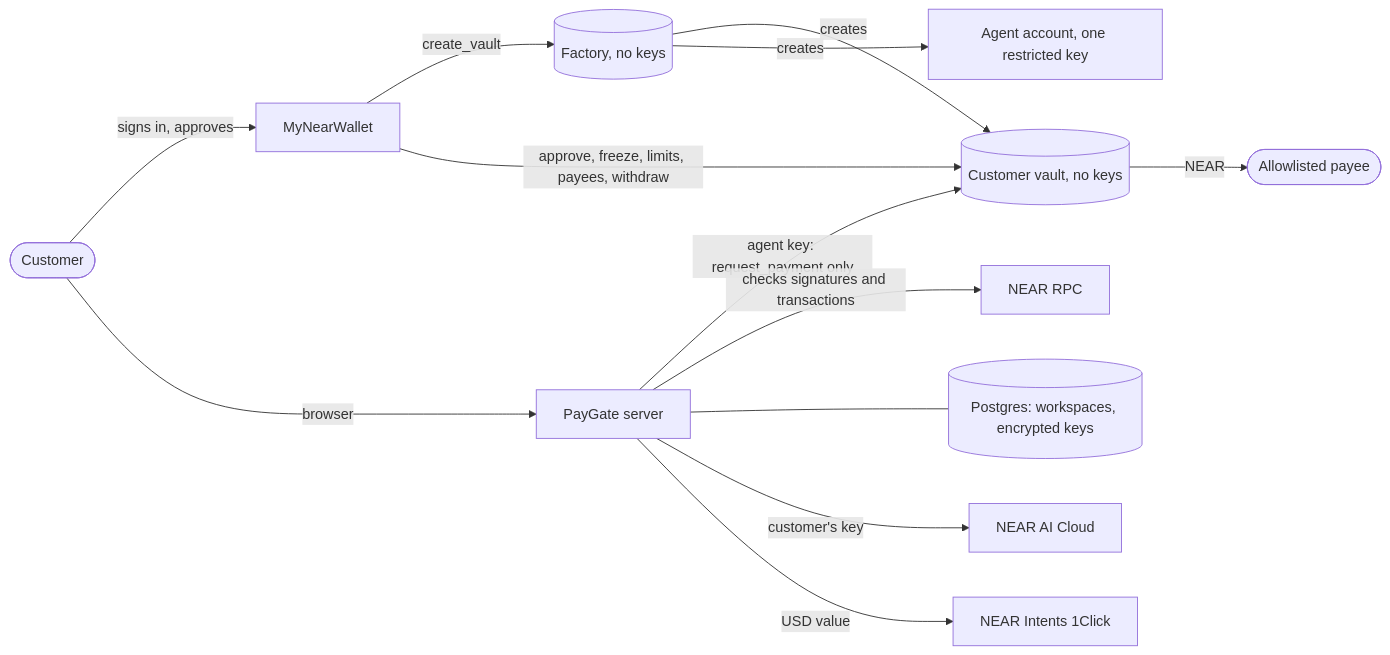
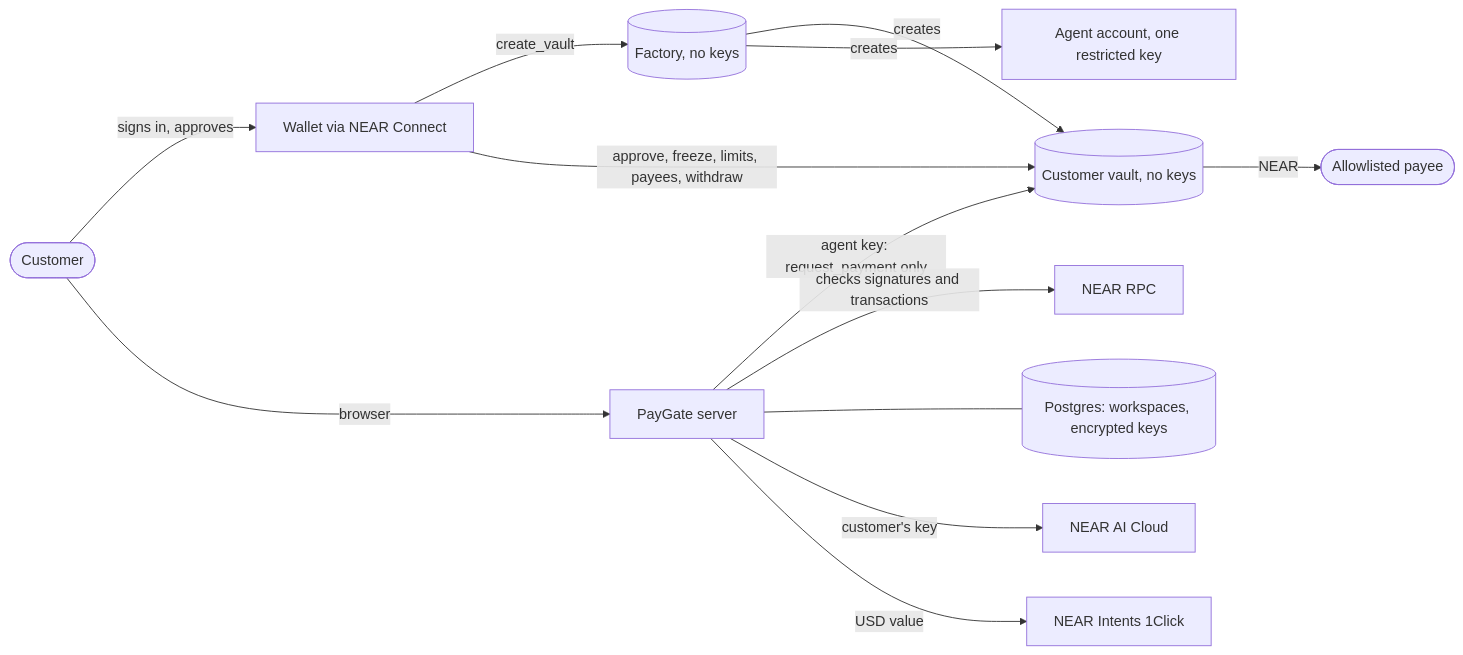
Before and after one commit to drained69/PayGate: the first of 2 diagrams in README.md, drawn with Mermaid. The commit also changed other lines of this file and 10 other files, not shown here.

First line of the commit message:
Connect wallets through NEAR Connect

````diff
--- a/README.md
+++ b/README.md
@@ -101,15 +101,15 @@
 ```mermaid
 flowchart LR
-  C([Customer]) -- signs in, approves --> W[MyNearWallet]
+  C([Customer]) -- signs in, approves --> W[Wallet via NEAR Connect]
   C -- browser --> S[PayGate server]
   W -- create_vault --> F[(Factory, no keys)]
   F -- creates --> V[(Customer vault, no keys)]
   F -- creates --> A[Agent account, one restricted key]
   W -- approve, freeze, limits, payees, withdraw --> V
   S -- agent key: request_payment only --> V
   S -- checks signatures and transactions --> R[NEAR RPC]
   S --- DB[(Postgres: workspaces, encrypted keys)]
   V -- NEAR --> P([Allowlisted payee])
   S -- customer's key --> AI[NEAR AI Cloud]
   S -- USD value --> I[NEAR Intents 1Click]
 ```
````
